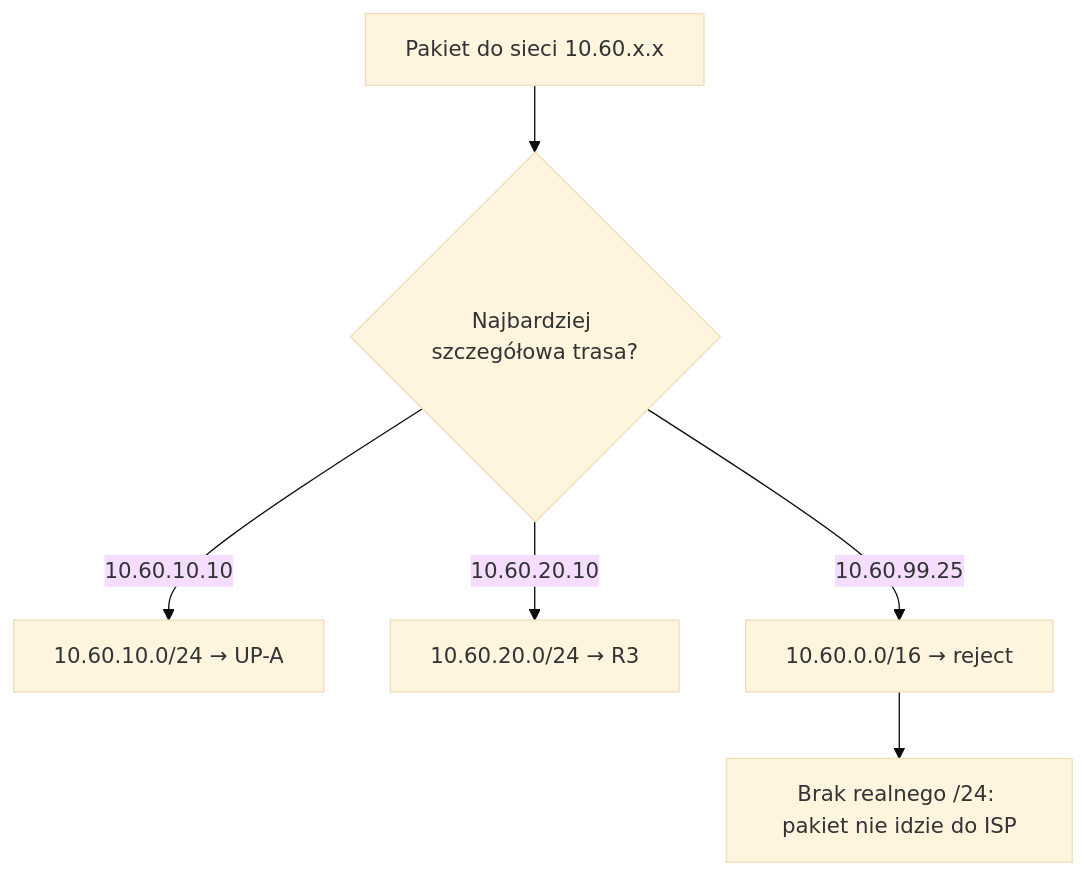
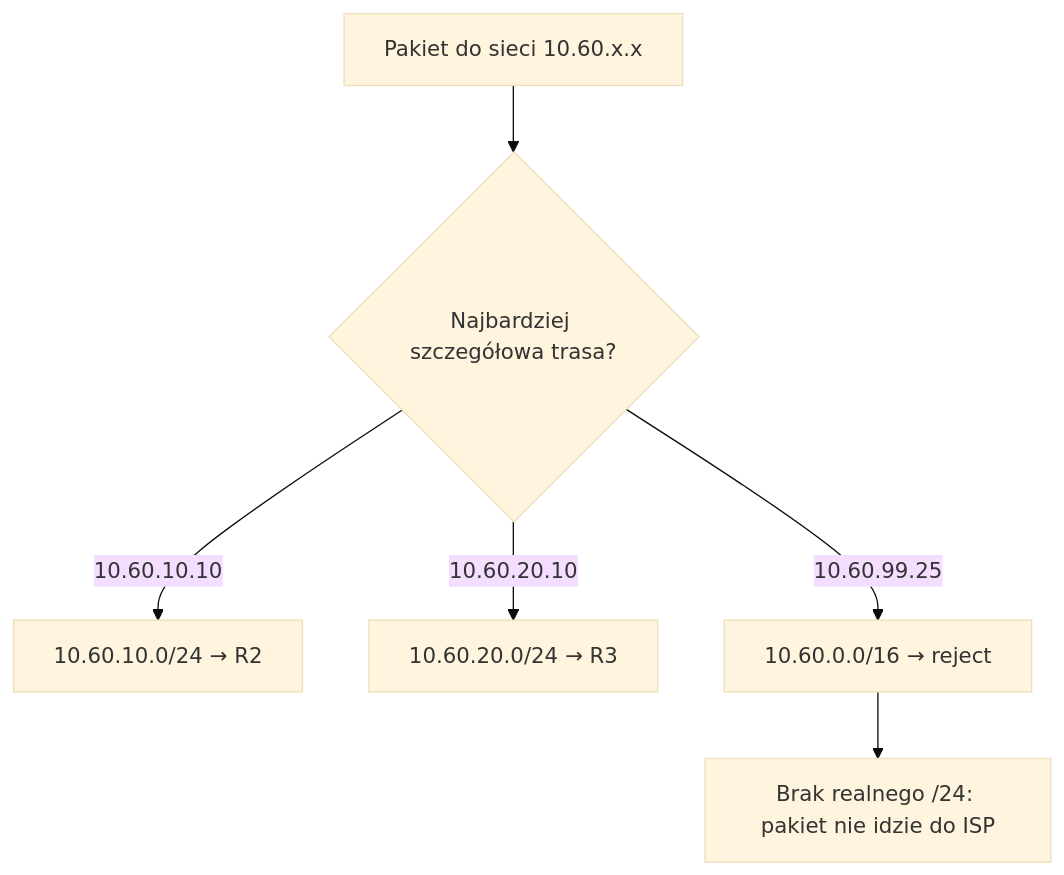
Before and after one commit to nelto79/jncip: the second of 7 diagrams in docs/chapters/JUNOS_Rozdzial_07_Protocol_Independent_Routing.md, drawn with Mermaid (base theme). The commit also changed other lines of this file, not shown here.

```diff
--- a/docs/chapters/JUNOS_Rozdzial_07_Protocol_Independent_Routing.md
+++ b/docs/chapters/JUNOS_Rozdzial_07_Protocol_Independent_Routing.md
@@ -101,8 +101,8 @@
 ~~~mermaid
 flowchart TD
   P["Pakiet do sieci 10.60.x.x"] --> L{"Najbardziej szczegółowa trasa?"}
-  L -->|10.60.10.10| A["10.60.10.0/24 → UP-A"]
+  L -->|10.60.10.10| A["10.60.10.0/24 → R2"]
   L -->|10.60.20.10| B["10.60.20.0/24 → R3"]
   L -->|10.60.99.25| S["10.60.0.0/16 → reject"]
   S --> X["Brak realnego /24: pakiet nie idzie do ISP"]
 ~~~
```
